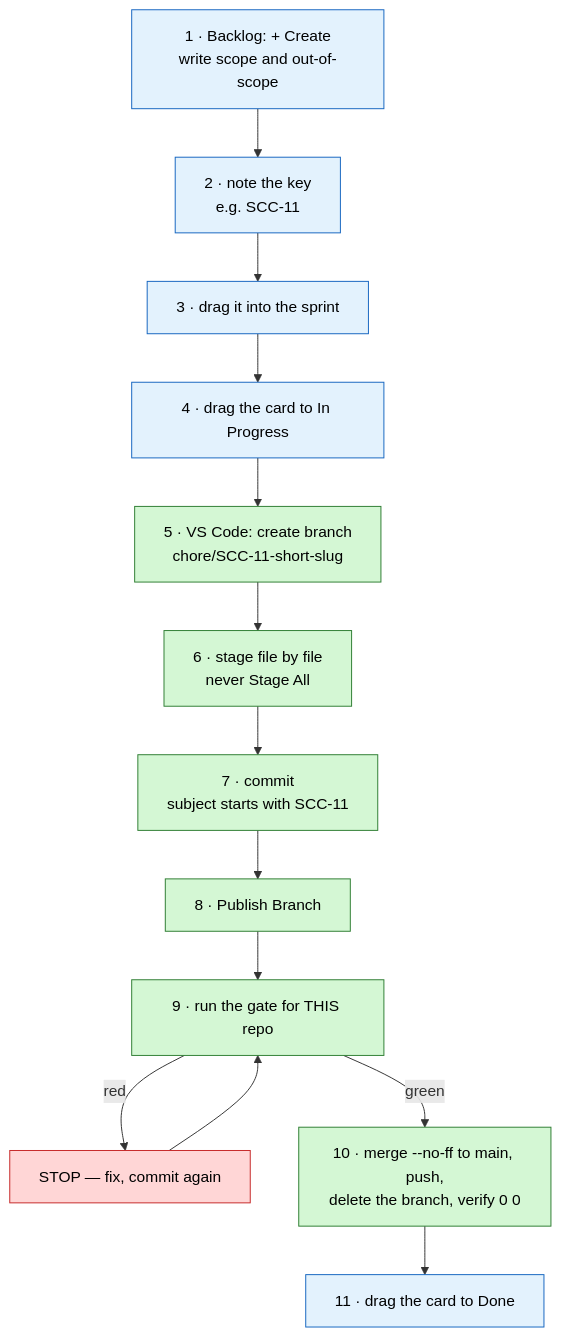
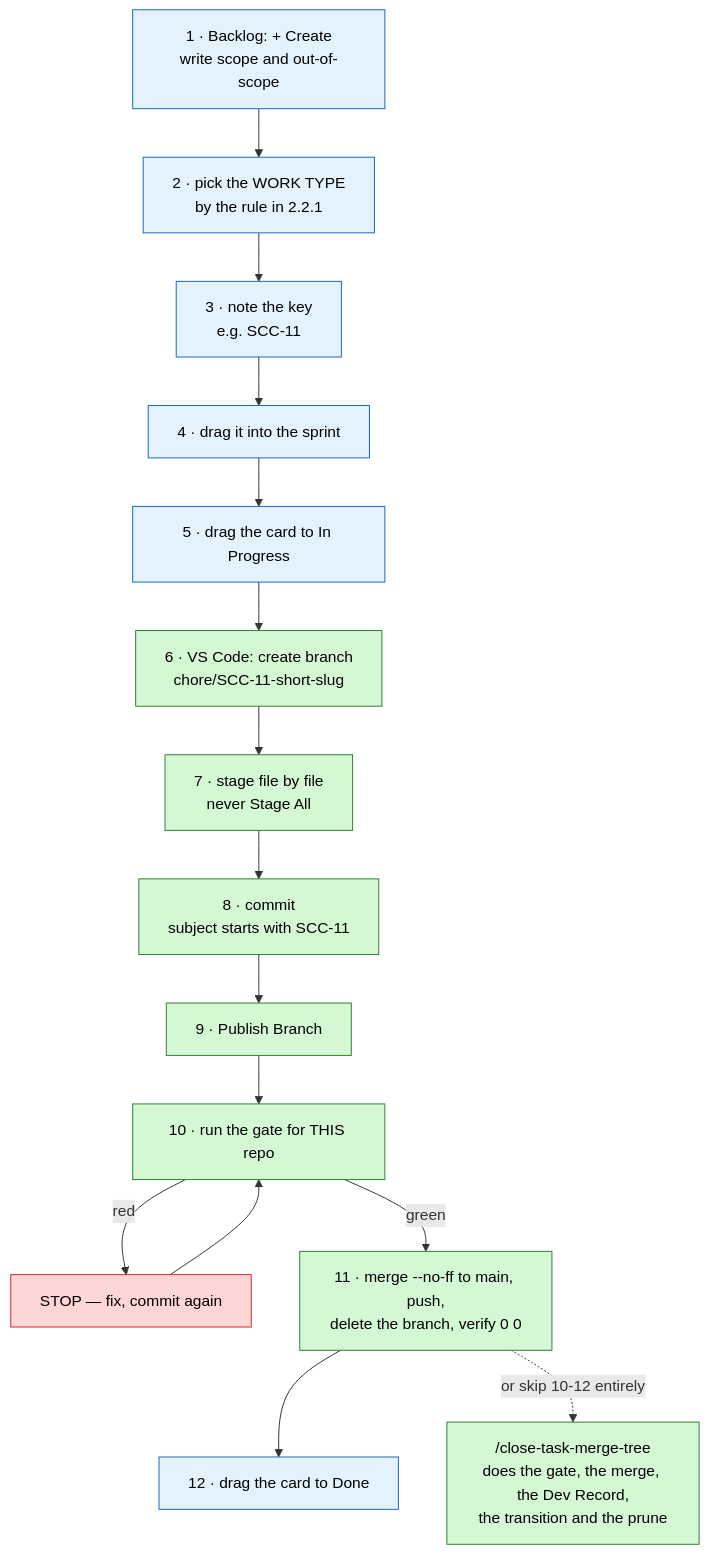
One commit to sudomadhatter/Sudo_Hatter_Command changed the fifth of 5 diagrams in _my_resources/_quick_reference/jira_manual.md. Above: the diagram before and after it, drawn with Mermaid. The commit also changed other lines of this file and 3 other files, not shown here.

````diff
--- a/_my_resources/_quick_reference/jira_manual.md
+++ b/_my_resources/_quick_reference/jira_manual.md
@@ -322,22 +489,24 @@
 ```mermaid
 flowchart TD
-    A["1 · Backlog: + Create\nwrite scope and out-of-scope"] --> B["2 · note the key\ne.g. SCC-11"]
-    B --> C["3 · drag it into the sprint"]
-    C --> D["4 · drag the card to In Progress"]
-    D --> E["5 · VS Code: create branch\nchore/SCC-11-short-slug"]
-    E --> F["6 · stage file by file\nnever Stage All"]
-    F --> G["7 · commit\nsubject starts with SCC-11"]
-    G --> H["8 · Publish Branch"]
-    H --> I["9 · run the gate for THIS repo"]
+    A["1 · Backlog: + Create\nwrite scope and out-of-scope"] --> A2["2 · pick the WORK TYPE\nby the rule in 2.2.1"]
+    A2 --> B["3 · note the key\ne.g. SCC-11"]
+    B --> C["4 · drag it into the sprint"]
+    C --> D["5 · drag the card to In Progress"]
+    D --> E["6 · VS Code: create branch\nchore/SCC-11-short-slug"]
+    E --> F["7 · stage file by file\nnever Stage All"]
+    F --> G["8 · commit\nsubject starts with SCC-11"]
+    G --> H["9 · Publish Branch"]
+    H --> I["10 · run the gate for THIS repo"]
     I -->|"red"| J["STOP — fix, commit again"]
     J --> I
-    I -->|"green"| K["10 · merge --no-ff to main, push,\ndelete the branch, verify 0 0"]
-    K --> L["11 · drag the card to Done"]
+    I -->|"green"| K["11 · merge --no-ff to main, push,\ndelete the branch, verify 0 0"]
+    K --> L["12 · drag the card to Done"]
+    K -.->|"or skip 10-12 entirely"| CMD["/close-task-merge-tree\ndoes the gate, the merge, the Dev Record,\nthe transition and the prune"]
 
     classDef mine fill:#e3f2fd,stroke:#1565c0,color:#000
     classDef good fill:#d4f7d4,stroke:#2e7d32,color:#000
     classDef bad fill:#ffd6d6,stroke:#c62828,color:#000
-    class A,B,C,D,L mine
-    class E,F,G,H,I,K good
+    class A,A2,B,C,D,L mine
+    class E,F,G,H,I,K,CMD good
     class J bad
 ```
````
